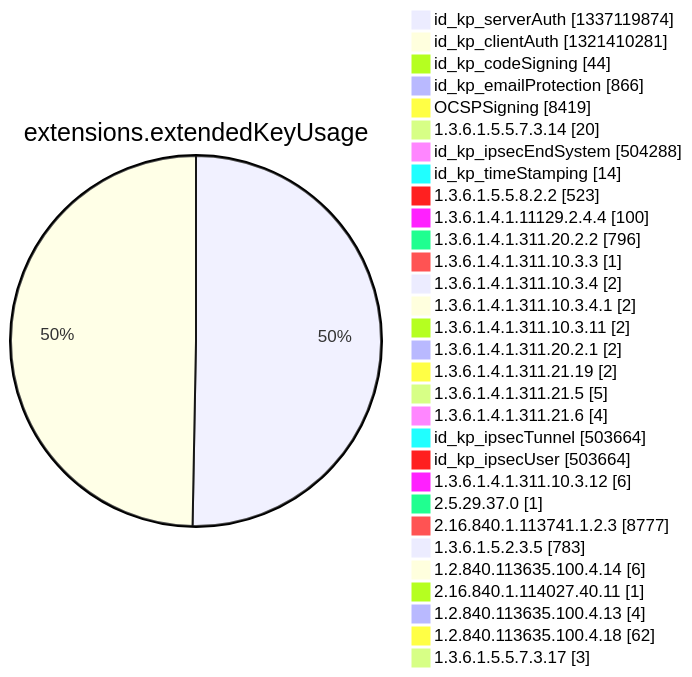
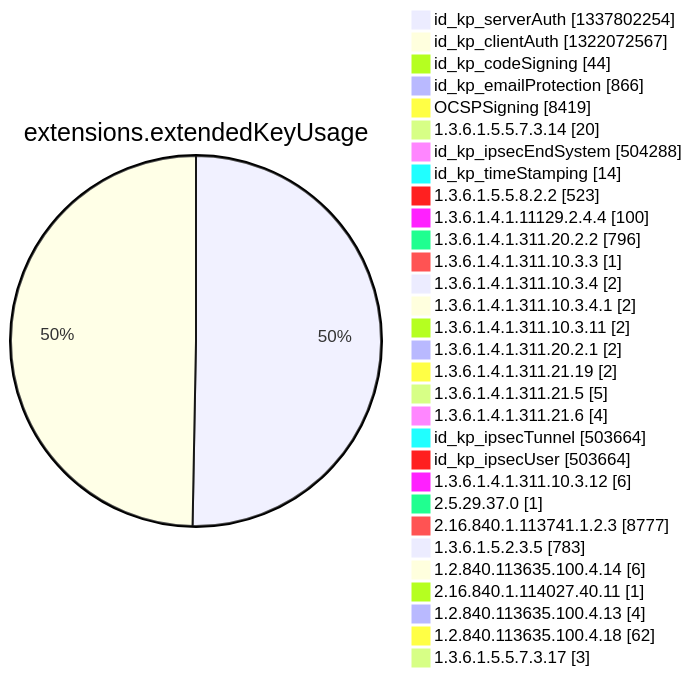
One commit to christiankrug/ctmonitor_visualization changed diagram 12 of 15 in argon2022/README.md. Above: the diagram before and after it, drawn with Mermaid. The commit also changed other lines of this file, not shown here.

````diff
--- a/argon2022/README.md
+++ b/argon2022/README.md
@@ -3553,34 +3553,34 @@
 ```mermaid
 pie showData
 title extensions.extendedKeyUsage
-"id_kp_serverAuth" :1337119874
-"id_kp_clientAuth" :1321410281
+"id_kp_serverAuth" :1337802254
+"id_kp_clientAuth" :1322072567
 "id_kp_codeSigning" :44
 "id_kp_emailProtection" :866
 "OCSPSigning" :8419
 "1.3.6.1.5.5.7.3.14" :20
 "id_kp_ipsecEndSystem" :504288
 "id_kp_timeStamping" :14
 "1.3.6.1.5.5.8.2.2" :523
 "1.3.6.1.4.1.11129.2.4.4" :100
 "1.3.6.1.4.1.311.20.2.2" :796
 "1.3.6.1.4.1.311.10.3.3" :1
 "1.3.6.1.4.1.311.10.3.4" :2
 "1.3.6.1.4.1.311.10.3.4.1" :2
 "1.3.6.1.4.1.311.10.3.11" :2
 "1.3.6.1.4.1.311.20.2.1" :2
 "1.3.6.1.4.1.311.21.19" :2
 "1.3.6.1.4.1.311.21.5" :5
 "1.3.6.1.4.1.311.21.6" :4
 "id_kp_ipsecTunnel" :503664
 "id_kp_ipsecUser" :503664
 "1.3.6.1.4.1.311.10.3.12" :6
 "2.5.29.37.0" :1
 "2.16.840.1.113741.1.2.3" :8777
 "1.3.6.1.5.2.3.5" :783
 "1.2.840.113635.100.4.14" :6
 "2.16.840.1.114027.40.11" :1
 "1.2.840.113635.100.4.13" :4
 "1.2.840.113635.100.4.18" :62
 "1.3.6.1.5.5.7.3.17" :3
 ```
````
